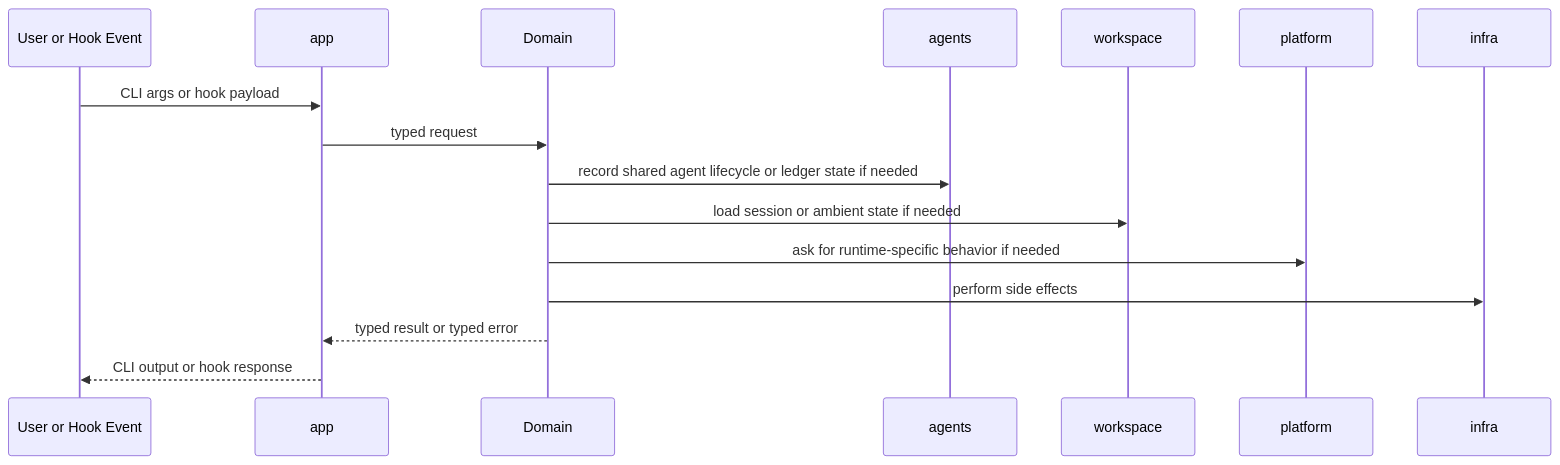
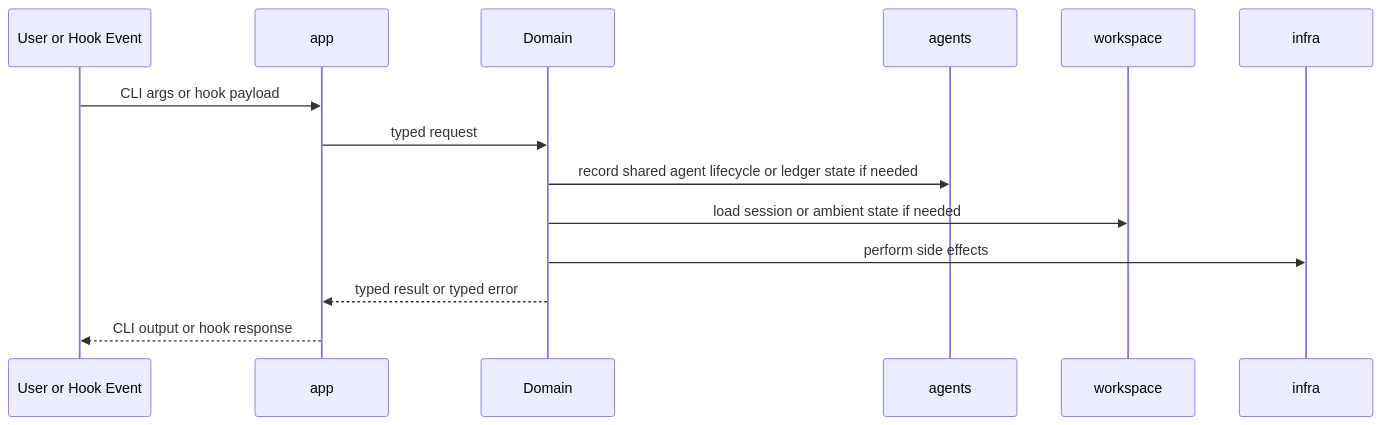
The second of 3 diagrams in ARCHITECTURE.md (smykla-skalski/harness), drawn with Mermaid before and after one commit. The commit also changed other lines of this file and 3 other files, not shown here.

````diff
--- a/ARCHITECTURE.md
+++ b/ARCHITECTURE.md
@@ -142,19 +135,17 @@
 ```mermaid
 sequenceDiagram
     participant U as User or Hook Event
     participant A as app
     participant D as Domain
     participant G as agents
     participant W as workspace
-    participant P as platform
     participant I as infra
 
     U->>A: CLI args or hook payload
     A->>D: typed request
     D->>G: record shared agent lifecycle or ledger state if needed
     D->>W: load session or ambient state if needed
-    D->>P: ask for runtime-specific behavior if needed
     D->>I: perform side effects
     D-->>A: typed result or typed error
     A-->>U: CLI output or hook response
 ```
````
